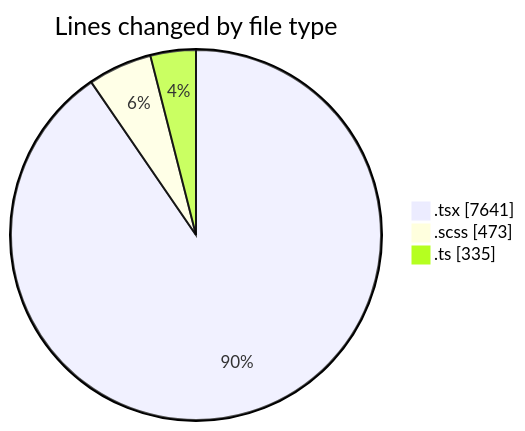
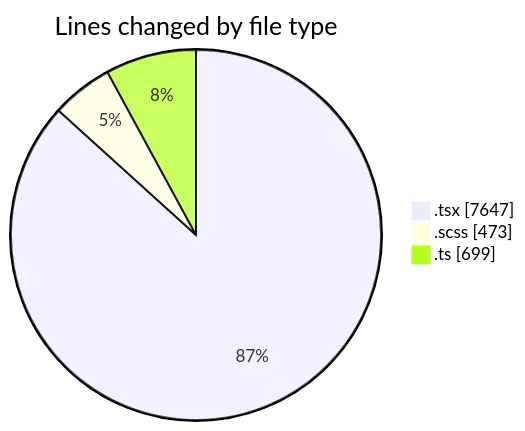
The first of 2 diagrams in 2025-07-03/cda/README.md (momahboobian/code-tracking), drawn with Mermaid before and after one commit. The commit also changed other lines of this file and 1 other file, not shown here.

````diff
--- a/2025-07-03/cda/README.md
+++ b/2025-07-03/cda/README.md
@@ -46,7 +47,7 @@
 ```mermaid
 pie showData
 title Lines changed by file type
-".tsx" : 7641
+".tsx" : 7647
 ".scss" : 473
-".ts" : 335
+".ts" : 699
 ```
````
